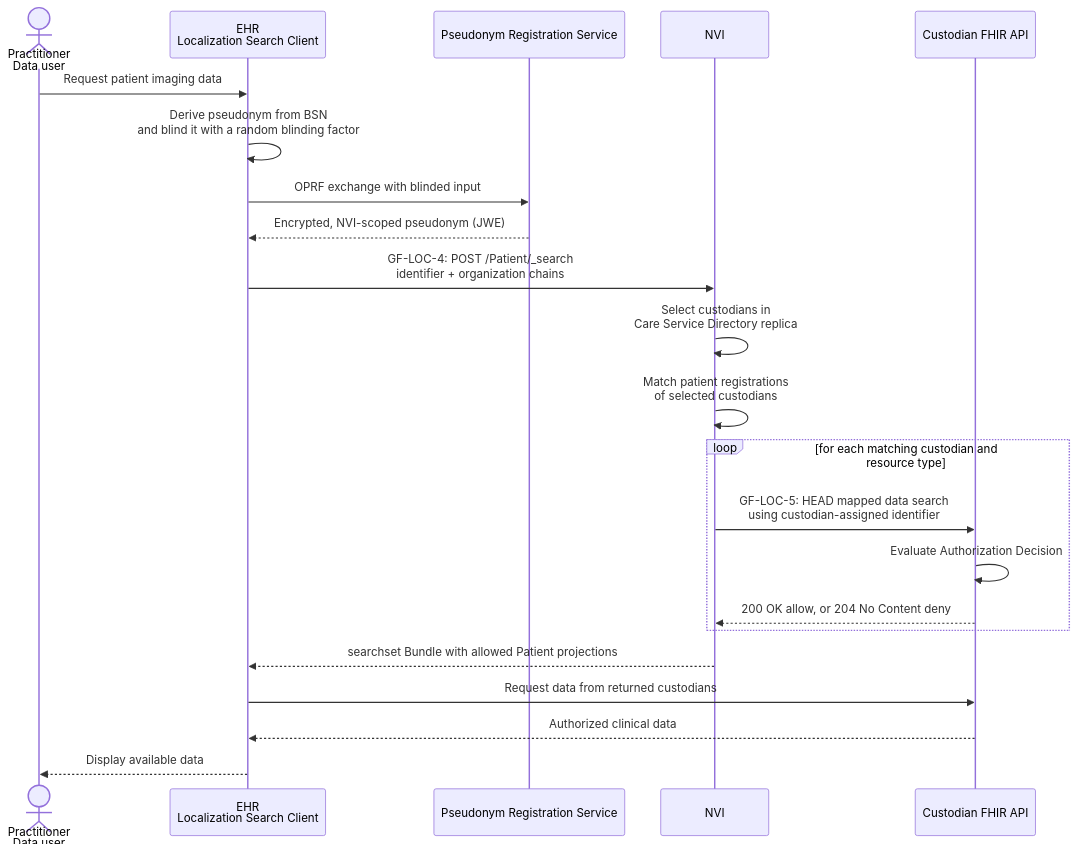
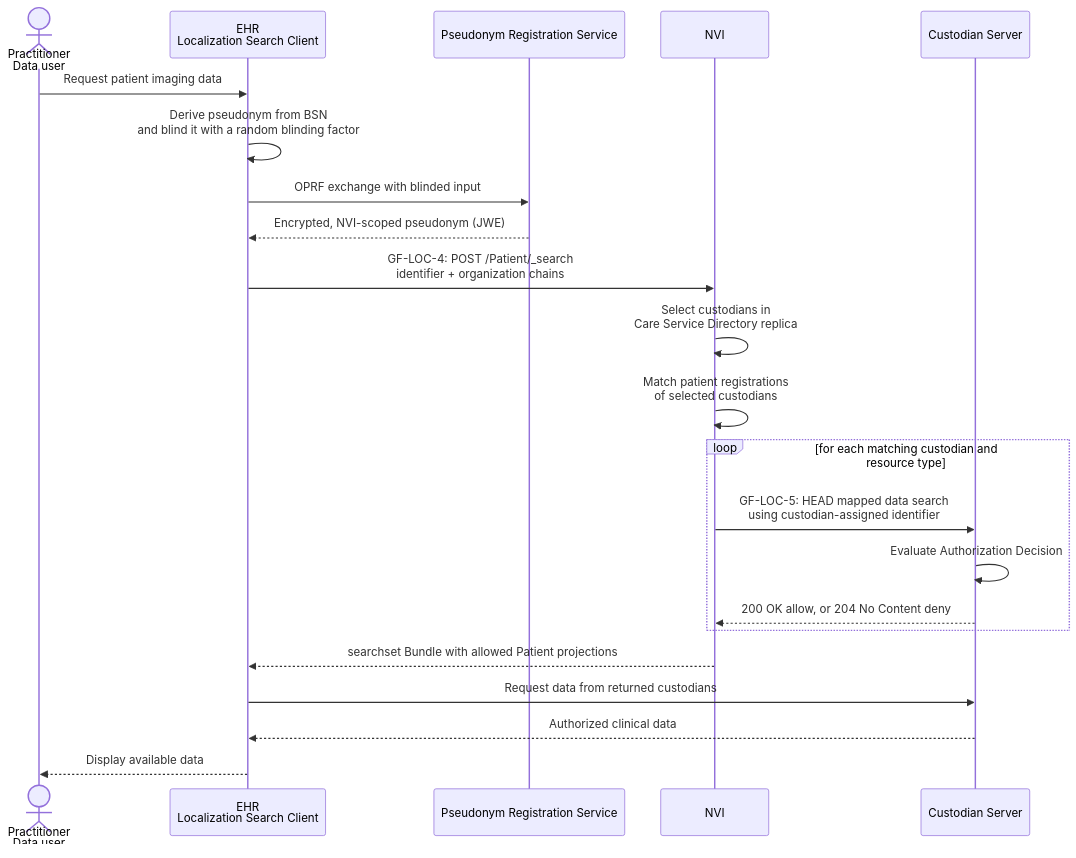
Before and after one commit to minvws/generiekefuncties-docs: the third of 3 diagrams in input/pagecontent/localization.md, drawn with Mermaid. The commit also changed other lines of this file, not shown here.

Commit message:
Rename Custodian actor to Custodian Server

````diff
--- a/input/pagecontent/localization.md
+++ b/input/pagecontent/localization.md
@@ -448,25 +448,25 @@
 ```mermaid
 sequenceDiagram
     actor doctor as Practitioner<br/>Data user
     participant ehr as EHR<br/>Localization Search Client
     participant prs as Pseudonym Registration Service
     participant nvi as NVI
-    participant holder as Custodian FHIR API
+    participant holder as Custodian Server
 
     doctor->>ehr: Request patient imaging data
     ehr->>ehr: Derive pseudonym from BSN<br/>and blind it with a random blinding factor
     ehr->>prs: OPRF exchange with blinded input
     prs-->>ehr: Encrypted, NVI-scoped pseudonym (JWE)
     ehr->>nvi: GF-LOC-4: POST /Patient/_search<br/>identifier + organization chains
     nvi->>nvi: Select custodians in<br/>Care Service Directory replica
     nvi->>nvi: Match patient registrations<br/>of selected custodians
     loop for each matching custodian and resource type
         nvi->>holder: GF-LOC-5: HEAD mapped data search<br/>using custodian-assigned identifier
         holder->>holder: Evaluate Authorization Decision
         holder-->>nvi: 200 OK allow, or 204 No Content deny
     end
     nvi-->>ehr: searchset Bundle with allowed Patient projections
     ehr->>holder: Request data from returned custodians
     holder-->>ehr: Authorized clinical data
     ehr-->>doctor: Display available data
 ```
````
